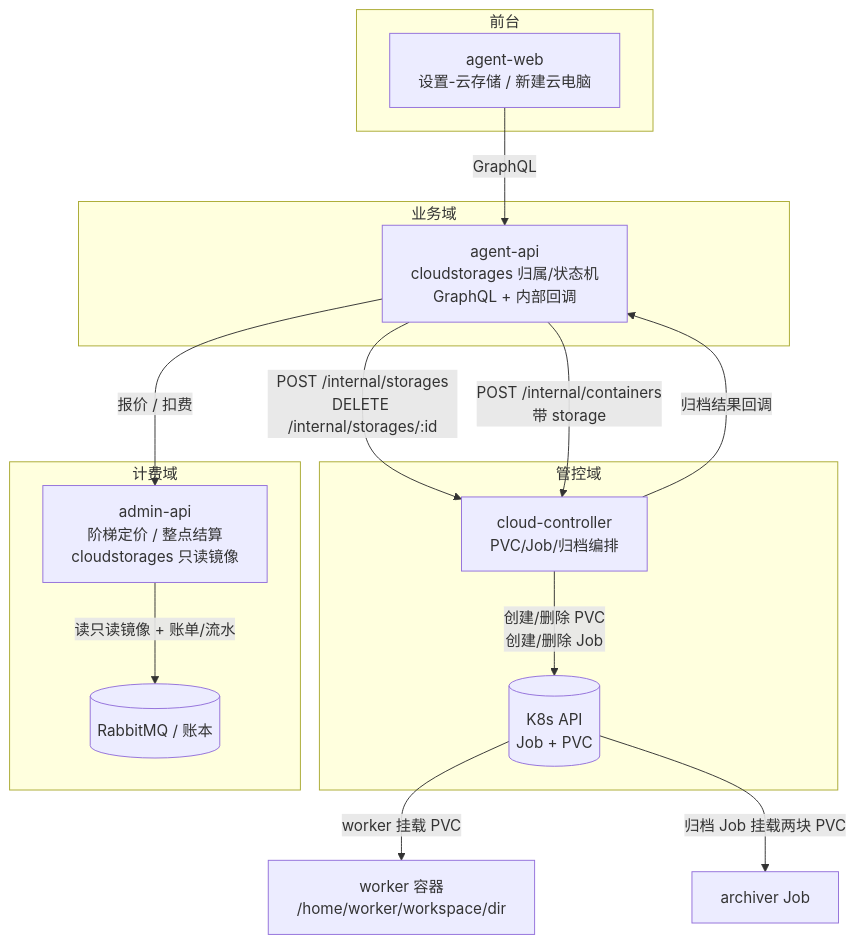
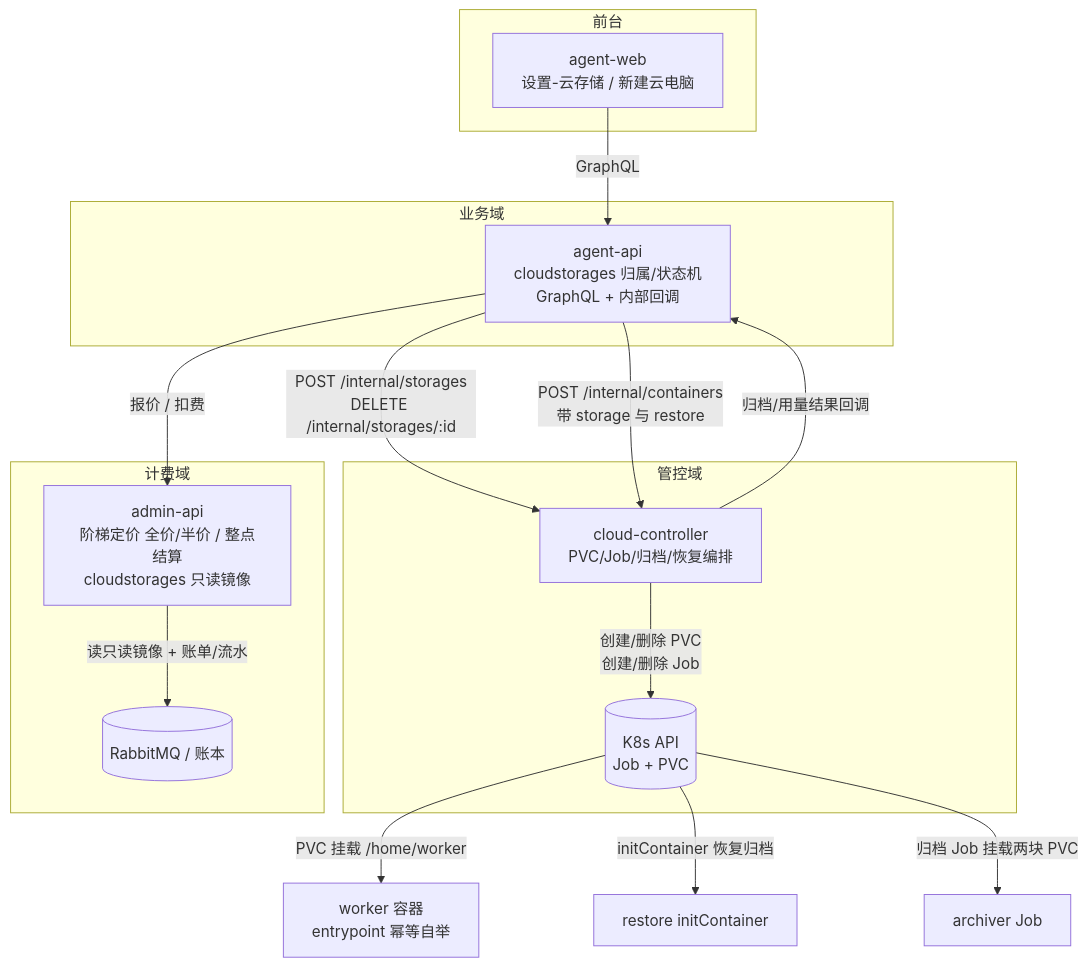
Before and after one commit to Deliay/z-agent-gear: the first of 7 diagrams in docs/engineering/proposals/20261102-feat-cloud-storage.md, drawn with Mermaid. The commit also changed other lines of this file and 3 other files, not shown here.

````diff
--- a/docs/engineering/proposals/20261102-feat-cloud-storage.md
+++ b/docs/engineering/proposals/20261102-feat-cloud-storage.md
@@ -70,27 +82,28 @@
 ```mermaid
 graph TB
     subgraph 前台
         Web[agent-web<br/>设置-云存储 / 新建云电脑]
     end
     subgraph 业务域
         AA[agent-api<br/>cloudstorages 归属/状态机<br/>GraphQL + 内部回调]
     end
     subgraph 管控域
-        CC[cloud-controller<br/>PVC/Job/归档编排]
+        CC[cloud-controller<br/>PVC/Job/归档/恢复编排]
         K8S[(K8s API<br/>Job + PVC)]
     end
     subgraph 计费域
-        AD[admin-api<br/>阶梯定价 / 整点结算<br/>cloudstorages 只读镜像]
+        AD[admin-api<br/>阶梯定价 全价/半价 / 整点结算<br/>cloudstorages 只读镜像]
         MQ[(RabbitMQ / 账本)]
     end
 
     Web -->|GraphQL| AA
     AA -->|POST /internal/storages<br/>DELETE /internal/storages/:id| CC
-    AA -->|POST /internal/containers<br/>带 storage| CC
+    AA -->|POST /internal/containers<br/>带 storage 与 restore| CC
     CC -->|创建/删除 PVC<br/>创建/删除 Job| K8S
-    CC -->|归档结果回调| AA
+    CC -->|归档/用量结果回调| AA
     AA -->|报价 / 扣费| AD
     AD -->|读只读镜像 + 账单/流水| MQ
-    K8S -->|worker 挂载 PVC| Worker[worker 容器<br/>/home/worker/workspace/dir]
+    K8S -->|PVC 挂载 /home/worker| Worker[worker 容器<br/>entrypoint 幂等自举]
+    K8S -->|initContainer 恢复归档| Restore[restore initContainer]
     K8S -->|归档 Job 挂载两块 PVC| Archiver[archiver Job]
 ```
````
